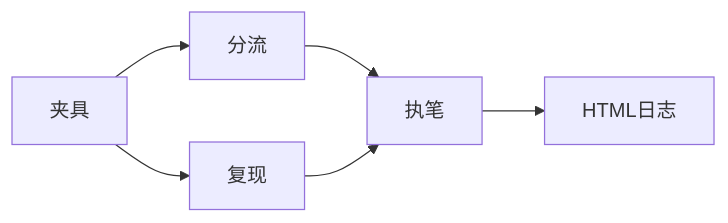
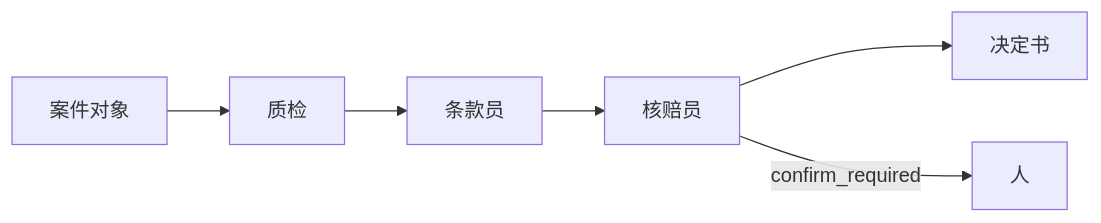
The second of 2 diagrams in README.md (SabreKeyZ/agent-xuetang), drawn with Mermaid before and after one commit. The commit also changed other lines of this file and 193 other files, not shown here.

````diff
--- a/README.md
+++ b/README.md
@@ -121,8 +121,8 @@
 ```mermaid
 flowchart LR
-  夹具 --> 分流
-  夹具 --> 复现
-  分流 --> 执笔
-  复现 --> 执笔
-  执笔 --> HTML日志
+  案件对象 --> 质检
+  质检 --> 条款员
+  条款员 --> 核赔员
+  核赔员 --> 决定书
+  核赔员 -->|confirm_required| 人
 ```
````
